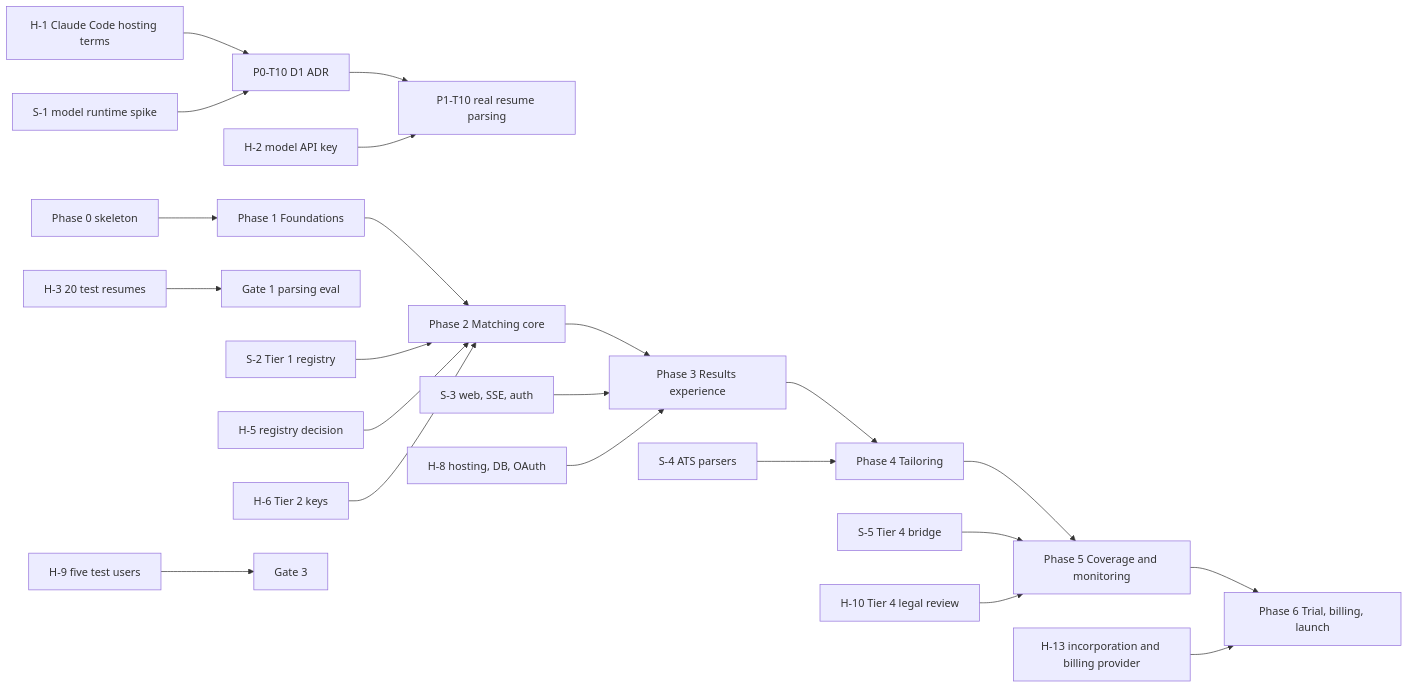
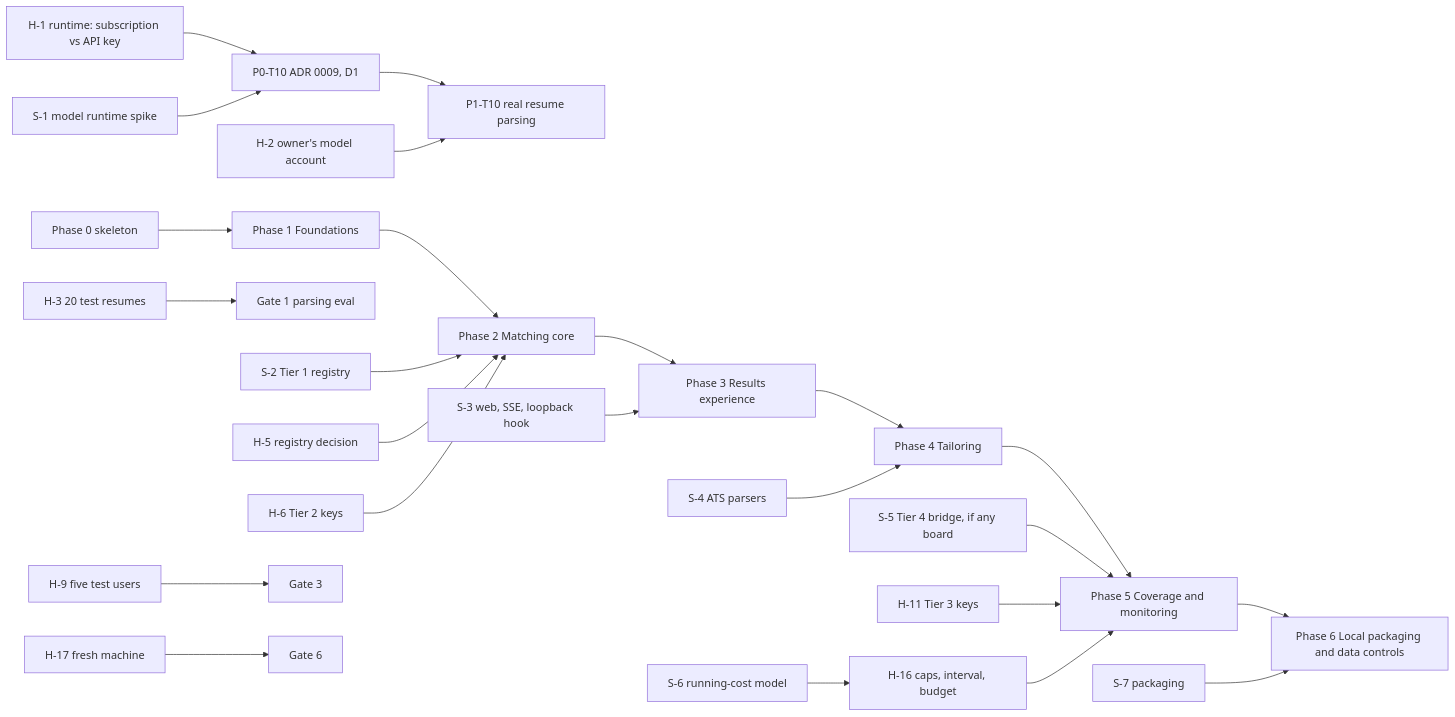
One commit to maisara-abourady/job-search changed the diagram in docs/implementation-plan/PLAN.md. Above: the diagram before and after it, drawn with Mermaid. The commit also changed other lines of this file and 95 other files, not shown here.

````diff
--- a/docs/implementation-plan/PLAN.md
+++ b/docs/implementation-plan/PLAN.md
@@ -200,24 +207,26 @@
 ```mermaid
 graph LR
-  H1[H-1 Claude Code hosting terms] --> T010[P0-T10 D1 ADR]
+  H1[H-1 runtime: subscription vs API key] --> T010[P0-T10 ADR 0009, D1]
   S1[S-1 model runtime spike] --> T010
   P0[Phase 0 skeleton] --> P1[Phase 1 Foundations]
   T010 --> P1R[P1-T10 real resume parsing]
-  H2[H-2 model API key] --> P1R
+  H2[H-2 owner's model account] --> P1R
   H3[H-3 20 test resumes] --> G1[Gate 1 parsing eval]
   P1 --> P2[Phase 2 Matching core]
   S2[S-2 Tier 1 registry] --> P2
   H5[H-5 registry decision] --> P2
   H6[H-6 Tier 2 keys] --> P2
   P2 --> P3[Phase 3 Results experience]
-  S3[S-3 web, SSE, auth] --> P3
-  H8[H-8 hosting, DB, OAuth] --> P3
+  S3[S-3 web, SSE, loopback hook] --> P3
   H9[H-9 five test users] --> G3[Gate 3]
   P3 --> P4[Phase 4 Tailoring]
   S4[S-4 ATS parsers] --> P4
+  S6[S-6 running-cost model] --> H16[H-16 caps, interval, budget]
   P4 --> P5[Phase 5 Coverage and monitoring]
-  S5[S-5 Tier 4 bridge] --> P5
-  H10[H-10 Tier 4 legal review] --> P5
-  P5 --> P6[Phase 6 Trial, billing, launch]
-  H13[H-13 incorporation and billing provider] --> P6
+  S5[S-5 Tier 4 bridge, if any board] --> P5
+  H11[H-11 Tier 3 keys] --> P5
+  H16 --> P5
+  P5 --> P6[Phase 6 Local packaging and data controls]
+  S7[S-7 packaging] --> P6
+  H17[H-17 fresh machine] --> G6[Gate 6]
 ```
````
